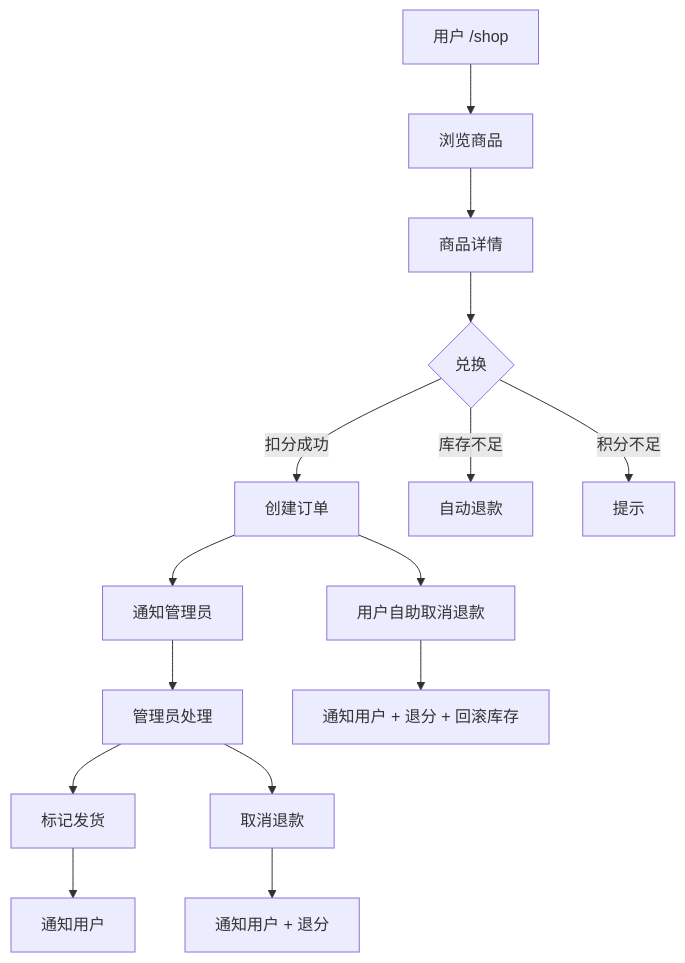
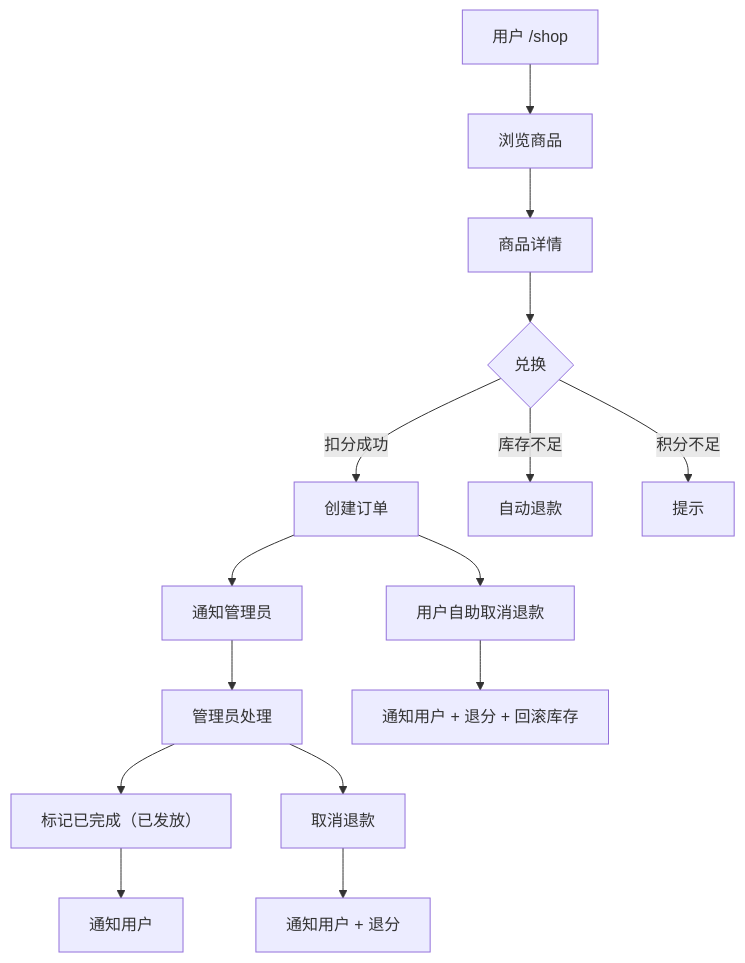
One commit to ZooolpMoon/tgbot changed the fifth of 7 diagrams in README.md. Above: the diagram before and after it, drawn with Mermaid. The commit also changed other lines of this file and 14 other files, not shown here.

````diff
--- a/README.md
+++ b/README.md
@@ -559,17 +560,17 @@
 ```mermaid
 flowchart TD
     User[用户 /shop] --> Browse[浏览商品]
     Browse --> Detail[商品详情]
     Detail --> Buy{兑换}
     Buy -->|扣分成功| Order[创建订单]
     Buy -->|库存不足| Refund1[自动退款]
     Buy -->|积分不足| Reject[提示]
     Order --> Notify[通知管理员]
     Notify --> Admin[管理员处理]
-    Admin --> Ship[标记发货]
+    Admin --> Done[标记已完成（已发放）]
     Admin --> Cancel[取消退款]
     Order --> UserCancel[用户自助取消退款]
-    Ship --> NotifyUser1[通知用户]
+    Done --> NotifyUser1[通知用户]
     Cancel --> NotifyUser2[通知用户 + 退分]
     UserCancel --> NotifyUser3[通知用户 + 退分 + 回滚库存]
 ```
````
